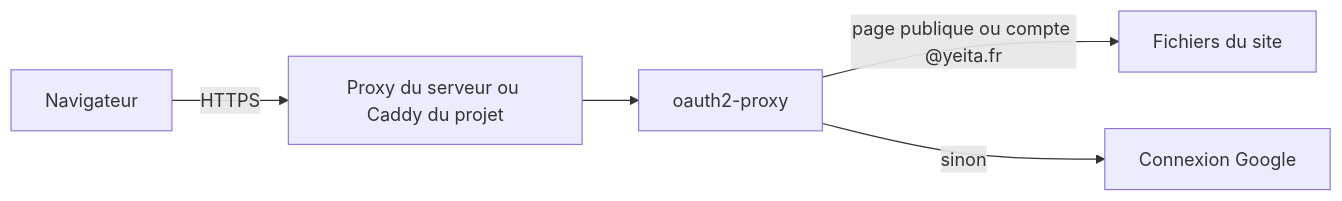
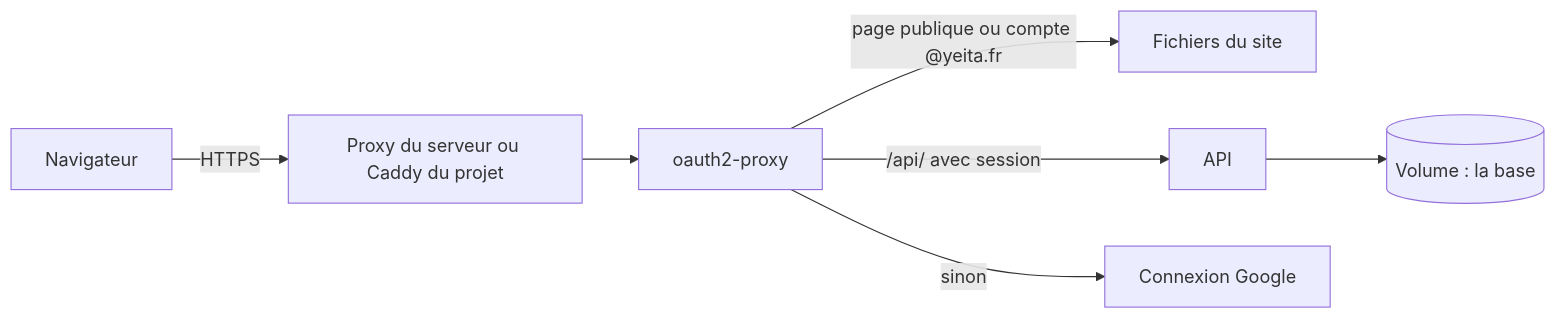
One commit to design-cpu/yeita-recrutement changed the diagram in hlyja/technique/architecture.humain.md. Above: the diagram before and after it, drawn with Mermaid. The commit also changed other lines of this file and 31 other files, not shown here.

````diff
--- a/hlyja/technique/architecture.humain.md
+++ b/hlyja/technique/architecture.humain.md
@@ -19,7 +18,9 @@
 ```mermaid
 flowchart LR
   N[Navigateur] -->|HTTPS| P[Proxy du serveur ou Caddy du projet]
   P --> F[oauth2-proxy]
   F -->|page publique ou compte @yeita.fr| S[Fichiers du site]
+  F -->|/api/ avec session| A[API]
+  A --> V[(Volume : la base)]
   F -->|sinon| G[Connexion Google]
 ```
````
